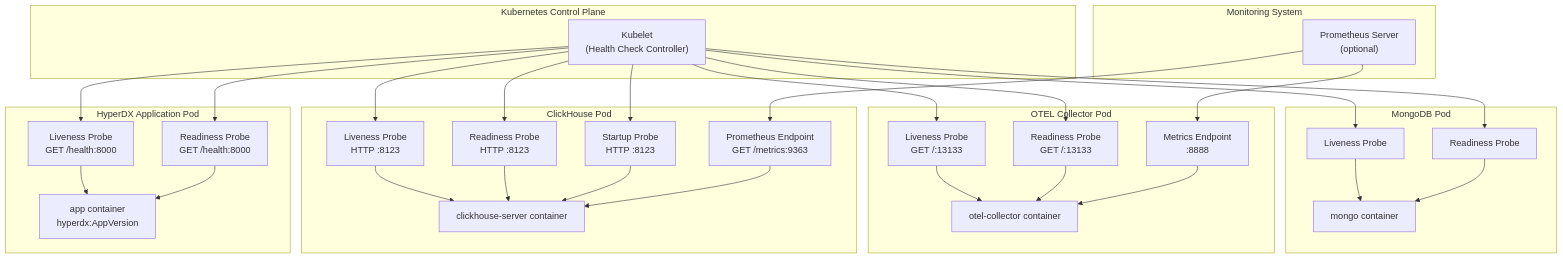
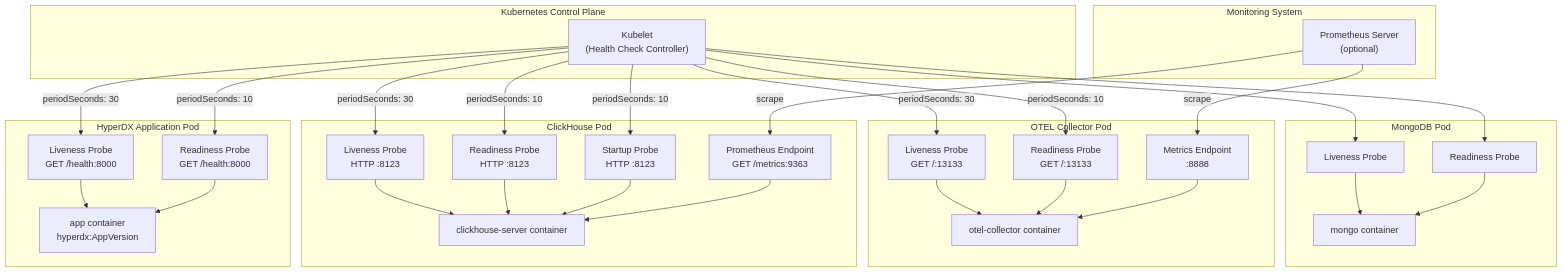
The first of 4 diagrams in docs/hyperdxio-helm-charts-docs/Health-Checks-and-Monitoring.md (openchoreo/openchoreo), drawn with Mermaid before and after one commit. The commit also changed other lines of this file and 85 other files, not shown here.

Commit message:
feat: Add new workflow and specification templates, update Helm chart dependencies, and clarify documentation diagrams.

````diff
--- a/docs/hyperdxio-helm-charts-docs/Health-Checks-and-Monitoring.md
+++ b/docs/hyperdxio-helm-charts-docs/Health-Checks-and-Monitoring.md
@@ -18,79 +18,79 @@
 ```mermaid
 flowchart TD
 
 Kubelet["Kubelet<br>(Health Check Controller)"]
 AppContainer["app container<br>hyperdx:AppVersion"]
 AppLiveness["Liveness Probe<br>GET /health:8000"]
 AppReadiness["Readiness Probe<br>GET /health:8000"]
 CHContainer["clickhouse-server container"]
 CHLiveness["Liveness Probe<br>HTTP :8123"]
 CHReadiness["Readiness Probe<br>HTTP :8123"]
 CHStartup["Startup Probe<br>HTTP :8123"]
 CHPrometheus["Prometheus Endpoint<br>GET /metrics:9363"]
 OTELContainer["otel-collector container"]
 OTELLiveness["Liveness Probe<br>GET /:13133"]
 OTELReadiness["Readiness Probe<br>GET /:13133"]
 OTELMetrics["Metrics Endpoint<br>:8888"]
 MongoContainer["mongo container"]
 MongoLiveness["Liveness Probe"]
 MongoReadiness["Readiness Probe"]
 Prometheus["Prometheus Server<br>(optional)"]
 
-Kubelet --> AppLiveness
-Kubelet --> AppReadiness
-Kubelet --> CHLiveness
-Kubelet --> CHReadiness
-Kubelet --> CHStartup
-Kubelet --> OTELLiveness
-Kubelet --> OTELReadiness
+Kubelet -->|"periodSeconds: 30"| AppLiveness
+Kubelet -->|"periodSeconds: 10"| AppReadiness
+Kubelet -->|"periodSeconds: 30"| CHLiveness
+Kubelet -->|"periodSeconds: 10"| CHReadiness
+Kubelet -->|"periodSeconds: 10"| CHStartup
+Kubelet -->|"periodSeconds: 30"| OTELLiveness
+Kubelet -->|"periodSeconds: 10"| OTELReadiness
 Kubelet --> MongoLiveness
 Kubelet --> MongoReadiness
-Prometheus --> CHPrometheus
-Prometheus --> OTELMetrics
+Prometheus -->|"scrape"| CHPrometheus
+Prometheus -->|"scrape"| OTELMetrics
 
 subgraph subGraph5 ["Monitoring System"]
     Prometheus
 end
 
 subgraph subGraph4 ["MongoDB Pod"]
     MongoContainer
     MongoLiveness
     MongoReadiness
     MongoLiveness --> MongoContainer
     MongoReadiness --> MongoContainer
 end
 
 subgraph subGraph3 ["OTEL Collector Pod"]
     OTELContainer
     OTELLiveness
     OTELReadiness
     OTELMetrics
     OTELLiveness --> OTELContainer
     OTELReadiness --> OTELContainer
     OTELMetrics --> OTELContainer
 end
 
 subgraph subGraph2 ["ClickHouse Pod"]
     CHContainer
     CHLiveness
     CHReadiness
     CHStartup
     CHPrometheus
     CHLiveness --> CHContainer
     CHReadiness --> CHContainer
     CHStartup --> CHContainer
     CHPrometheus --> CHContainer
 end
 
 subgraph subGraph1 ["HyperDX Application Pod"]
     AppContainer
     AppLiveness
     AppReadiness
     AppLiveness --> AppContainer
     AppReadiness --> AppContainer
 end
 
 subgraph subGraph0 ["Kubernetes Control Plane"]
     Kubelet
 end
 ```
````
